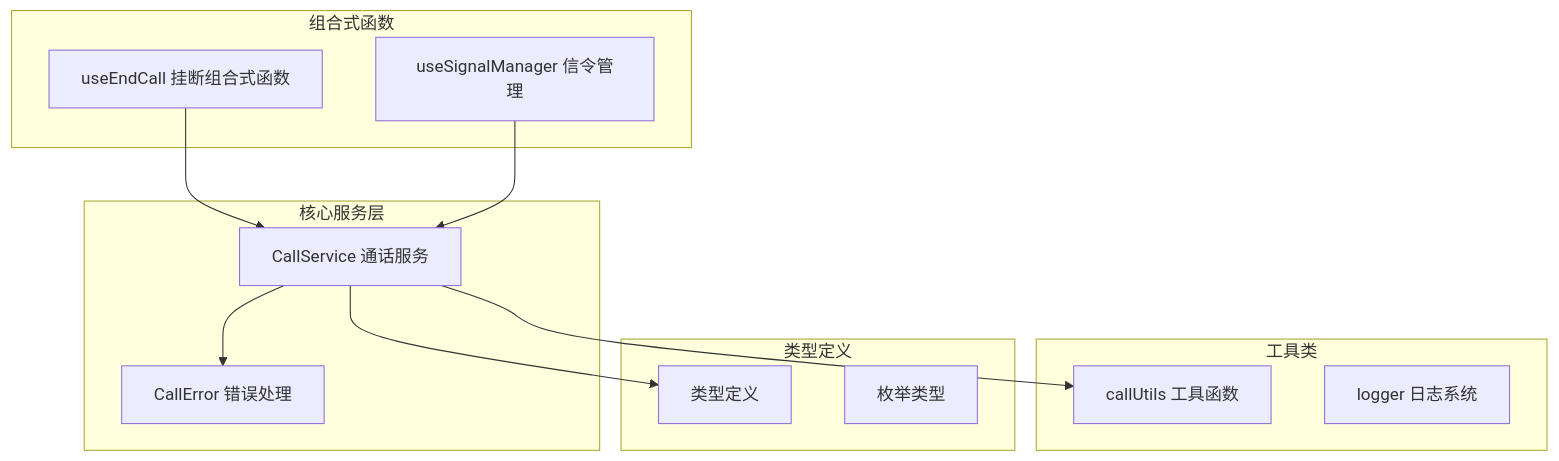
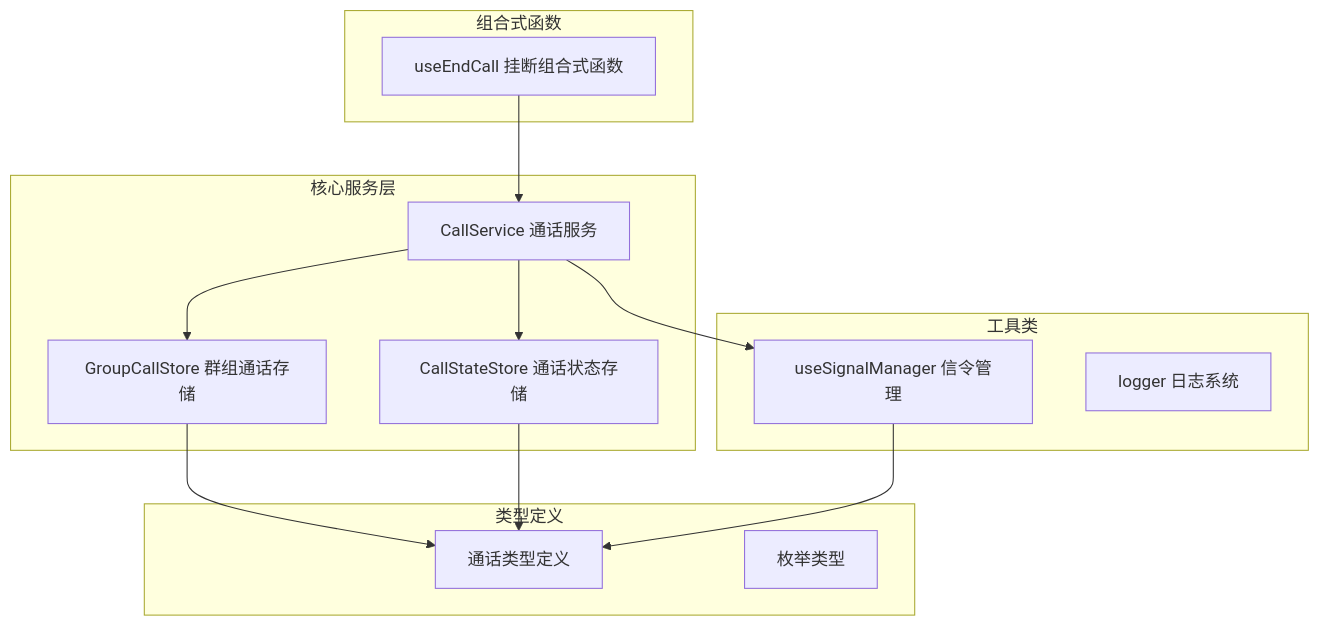
One commit to Easemob-Community/easemob-uikit-callkit-vue3 changed the first of 8 diagrams in .qoder/repowiki/zh/content/API 参考/服务层 API/CallService 通话服务.md. Above: the diagram before and after it, drawn with Mermaid. The commit also changed other lines of this file and 54 other files, not shown here.

````diff
--- a/.qoder/repowiki/zh/content/API 参考/服务层 API/CallService 通话服务.md
+++ b/.qoder/repowiki/zh/content/API 参考/服务层 API/CallService 通话服务.md
@@ -32,24 +41,26 @@
 ```mermaid
 graph TB
 subgraph "核心服务层"
 CallService[CallService 通话服务]
-CallError[CallError 错误处理]
+GroupCallStore[GroupCallStore 群组通话存储]
+CallStateStore[CallStateStore 通话状态存储]
 end
 subgraph "工具类"
-CallUtils[callUtils 工具函数]
+SignalManager[useSignalManager 信令管理]
 Logger[logger 日志系统]
 end
 subgraph "类型定义"
-Types[类型定义]
+CallTypes[通话类型定义]
 Enums[枚举类型]
 end
 subgraph "组合式函数"
 UseEndCall[useEndCall 挂断组合式函数]
-UseSignalManager[useSignalManager 信令管理]
 end
-CallService --> CallError
-CallService --> CallUtils
-CallService --> Types
+CallService --> GroupCallStore
+CallService --> CallStateStore
+CallService --> SignalManager
+GroupCallStore --> CallTypes
+CallStateStore --> CallTypes
+SignalManager --> CallTypes
 UseEndCall --> CallService
-UseSignalManager --> CallService
 ```
````
